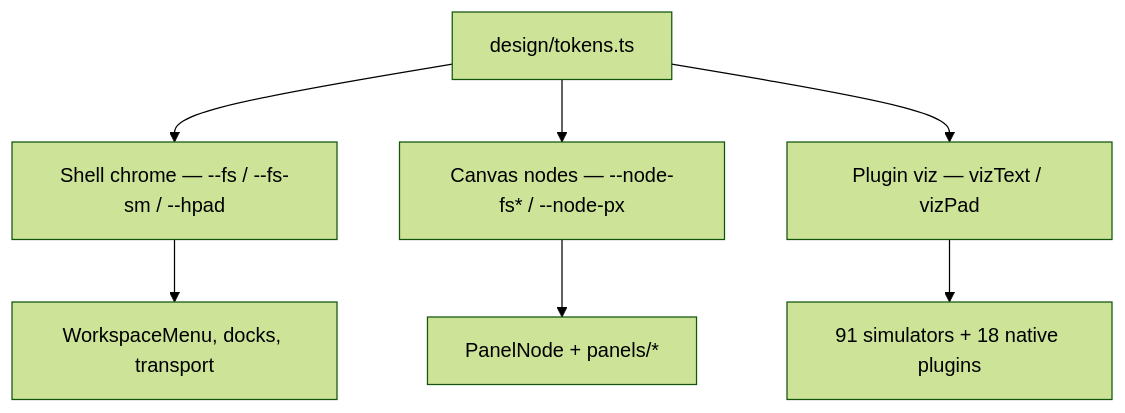
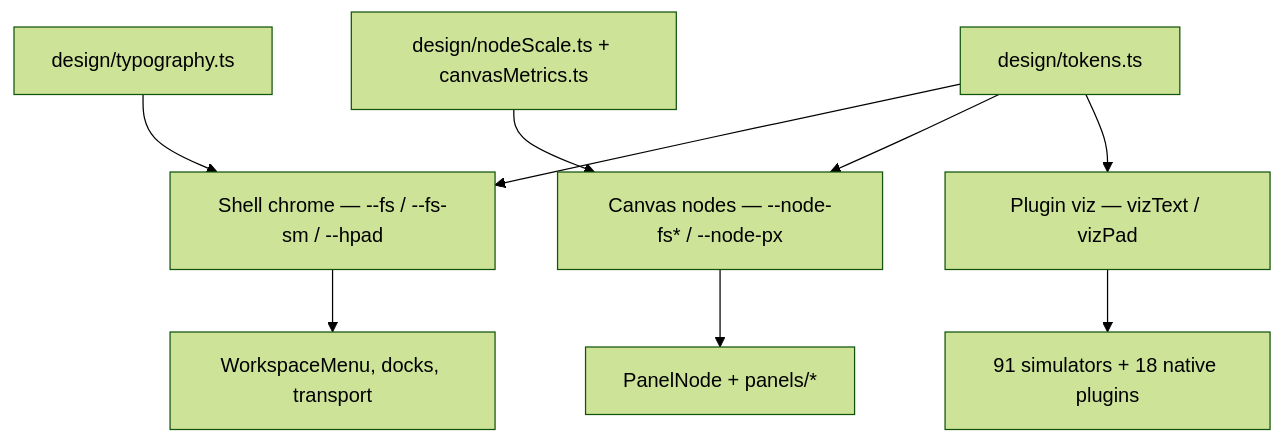
The diagram in frontend/src/design/README.md (samir-ahmed-ai/algo-moves), drawn with Mermaid (forest theme) before and after one commit. The commit also changed other lines of this file and 87 other files, not shown here.

````diff
--- a/frontend/src/design/README.md
+++ b/frontend/src/design/README.md
@@ -5,10 +5,14 @@
 ```mermaid
 flowchart TB
   design["design/tokens.ts"]
+  typography["design/typography.ts"]
+  scale["design/nodeScale.ts + canvasMetrics.ts"]
   design --> shell["Shell chrome — --fs / --fs-sm / --hpad"]
+  typography --> shell
+  scale --> canvas["Canvas nodes — --node-fs* / --node-px"]
   design --> canvas["Canvas nodes — --node-fs* / --node-px"]
   design --> viz["Plugin viz — vizText / vizPad"]
   shell --> sidebars["WorkspaceMenu, docks, transport"]
   canvas --> panelNode["PanelNode + panels/*"]
   viz --> simulators["91 simulators + 18 native plugins"]
 ```
````
